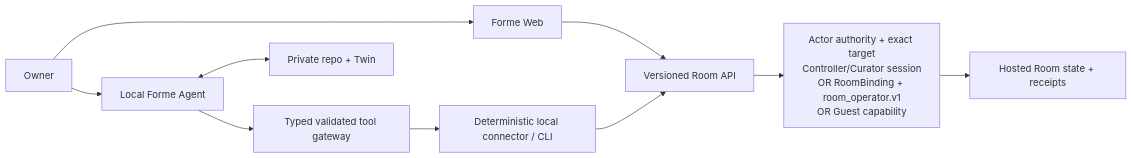
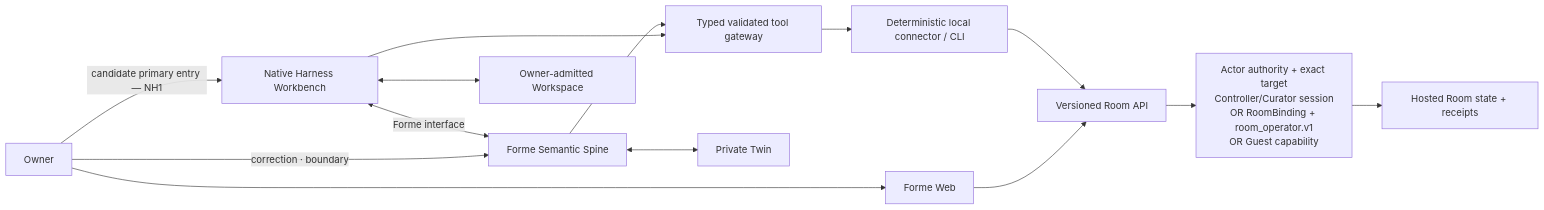
The second of 2 diagrams in docs/R4-TECHNICAL-OWNER-REVIEW.md (formehq/forme), drawn with Mermaid before and after one commit. The commit also changed other lines of this file and 17 other files, not shown here.

Commit message:
Clarify Native Harness architecture

````diff
--- a/docs/R4-TECHNICAL-OWNER-REVIEW.md
+++ b/docs/R4-TECHNICAL-OWNER-REVIEW.md
@@ -457,12 +474,16 @@
 ```mermaid
 flowchart LR
     Owner["Owner"] --> Web["Forme Web"]
-    Owner --> LocalAgent["Local Forme Agent"]
-    LocalAgent --> Tool["Typed validated tool gateway"]
+    Owner -->|"candidate primary entry — NH1"| Workbench["Native Harness Workbench"]
+    Owner -->|"correction · boundary"| Spine["Forme Semantic Spine"]
+    Workbench <-->|"Forme interface"| Spine
+    Workbench --> Tool["Typed validated tool gateway"]
+    Spine --> Tool
     Tool --> Connector["Deterministic local connector / CLI"]
     Web --> API["Versioned Room API"]
     Connector --> API
     API --> Auth["Actor authority + exact target<br/>Controller/Curator session<br/>OR RoomBinding + room_operator.v1<br/>OR Guest capability"]
     Auth --> Hosted["Hosted Room state + receipts"]
-    LocalAgent <--> Private["Private repo + Twin"]
+    Workbench <--> Workspace["Owner-admitted Workspace"]
+    Spine <--> Twin["Private Twin"]
 ```
````
